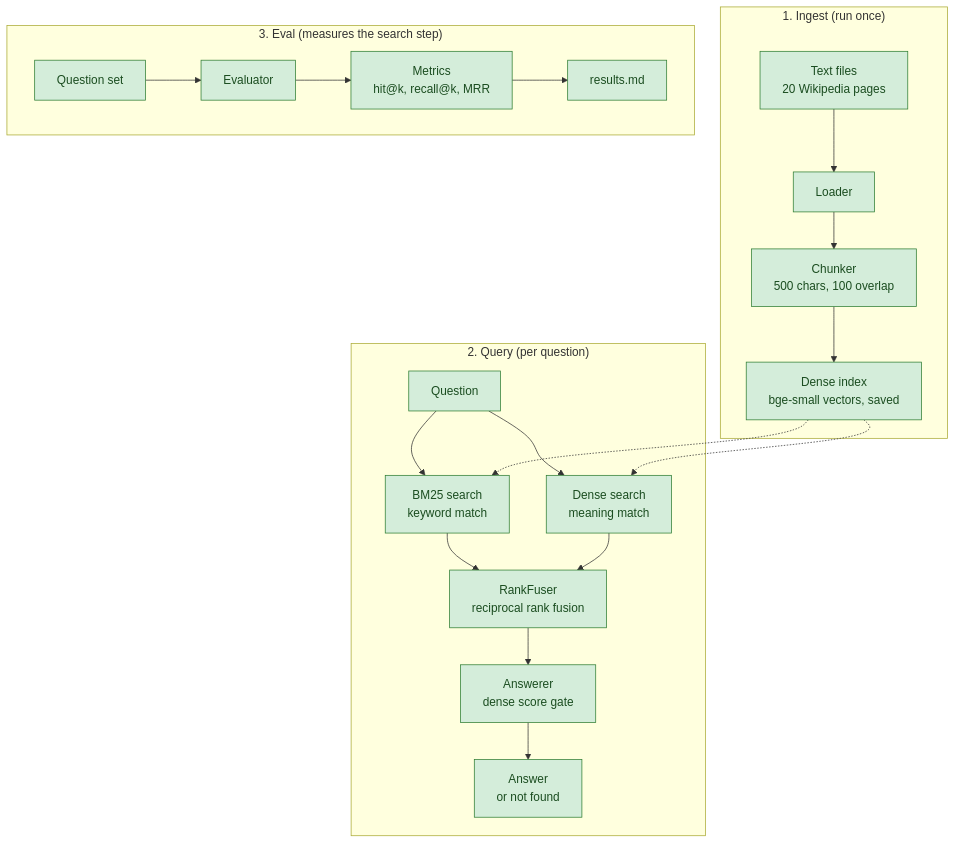
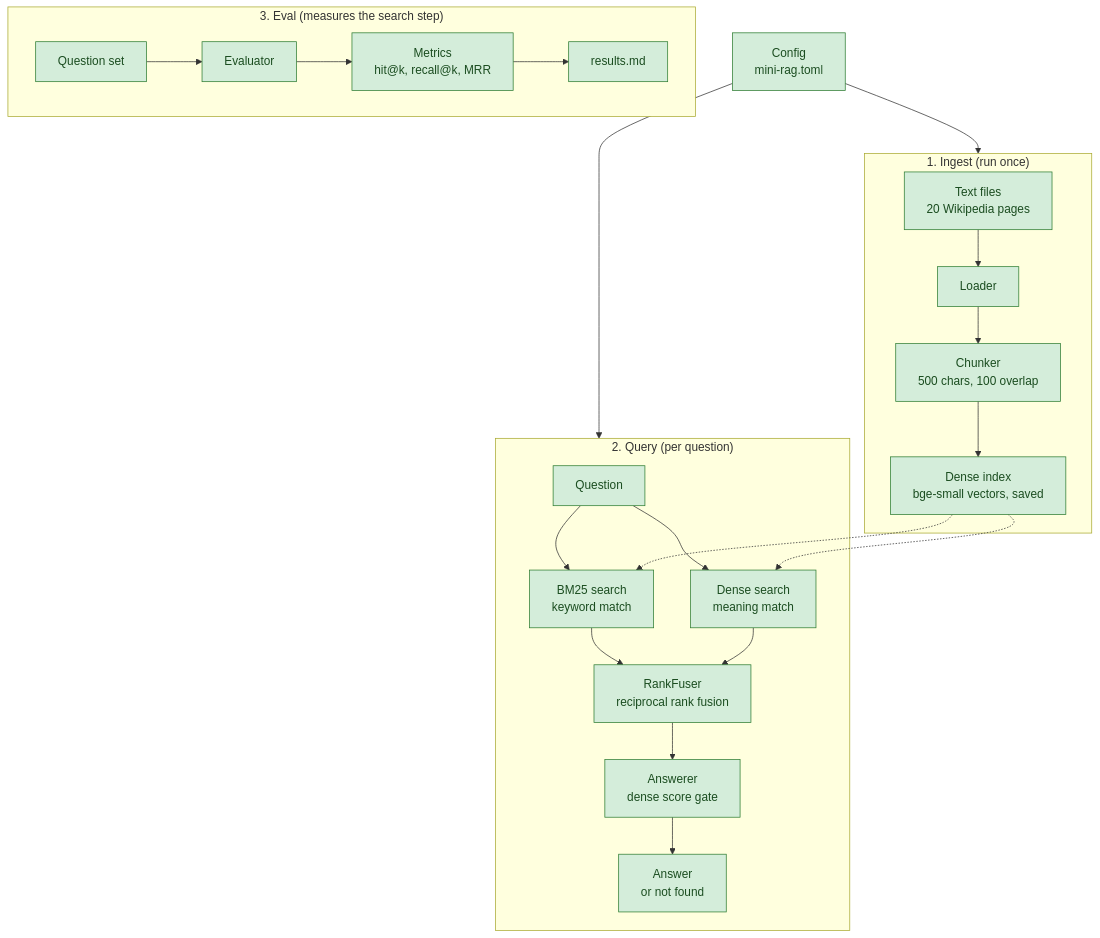
Before and after one commit to AvanAvi/mini-rag: the diagram in README.md, drawn with Mermaid. The commit also changed other lines of this file and 42 other files, not shown here.

````diff
--- a/README.md
+++ b/README.md
@@ -15,27 +15,29 @@
 ```mermaid
 flowchart TD
   subgraph S1["1. Ingest (run once)"]
     files["Text files<br/>20 Wikipedia pages"] --> loader["Loader"]
     loader --> chunker["Chunker<br/>500 chars, 100 overlap"]
     chunker --> dense["Dense index<br/>bge-small vectors, saved"]
   end
   subgraph S2["2. Query (per question)"]
     question["Question"] --> bm25["BM25 search<br/>keyword match"]
     question --> densesearch["Dense search<br/>meaning match"]
     bm25 --> fuser["RankFuser<br/>reciprocal rank fusion"]
     densesearch --> fuser
     fuser --> answerer["Answerer<br/>dense score gate"]
     answerer --> answer["Answer<br/>or not found"]
   end
   subgraph S3["3. Eval (measures the search step)"]
     testset["Question set"] --> evaluator["Evaluator"]
     evaluator --> metrics["Metrics<br/>hit@k, recall@k, MRR"]
     metrics --> results["results.md"]
   end
+  config["Config<br/>mini-rag.toml"] --> S1
+  config --> S2
   dense -.-> bm25
   dense -.-> densesearch
   classDef done fill:#d4edda,stroke:#2e7d32,color:#1b4d20
   classDef todo fill:#fff3cd,stroke:#b58900,color:#5c4400
-  class files,loader,chunker,dense,question,bm25,densesearch,fuser,answerer,answer done
+  class config,files,loader,chunker,dense,question,bm25,densesearch,fuser,answerer,answer done
   class testset,evaluator,metrics,results done
 ```
````
